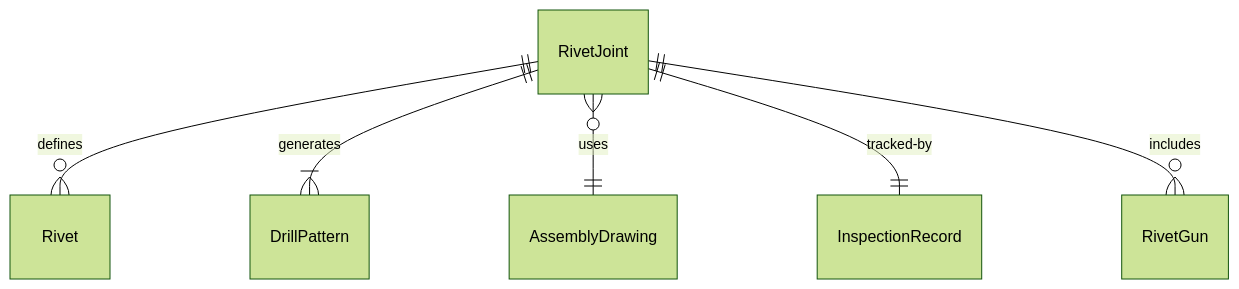
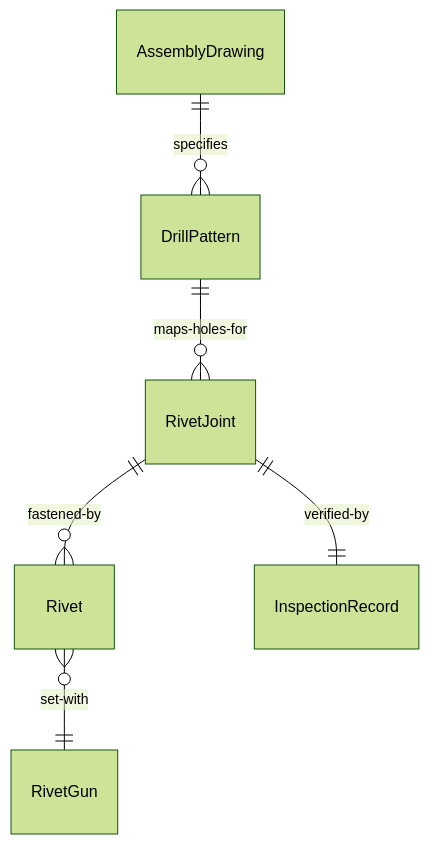
The first of 4 diagrams in HandlingAndMovingObjects/JoinPartsUsingSolderingWeldingOrBrazingTechniques/RivetMetalComponents.mdx (dot-org-ai/tasks.org.ai), drawn with Mermaid (forest theme) before and after one commit. The commit also changed other lines of this file and 515 other files, not shown here.

````diff
--- a/HandlingAndMovingObjects/JoinPartsUsingSolderingWeldingOrBrazingTechniques/RivetMetalComponents.mdx
+++ b/HandlingAndMovingObjects/JoinPartsUsingSolderingWeldingOrBrazingTechniques/RivetMetalComponents.mdx
@@ -87,8 +87,8 @@
 ```mermaid
 erDiagram
-    RivetJoint ||--o{ Rivet : "defines"
-    RivetJoint ||--|{ DrillPattern : "generates"
-    RivetJoint }o--|| AssemblyDrawing : "uses"
-    RivetJoint ||--|| InspectionRecord : "tracked-by"
-    RivetJoint ||--o{ RivetGun : "includes"
+    AssemblyDrawing ||--o{ DrillPattern : "specifies"
+    DrillPattern ||--o{ RivetJoint : "maps-holes-for"
+    RivetJoint ||--o{ Rivet : "fastened-by"
+    Rivet }o--|| RivetGun : "set-with"
+    RivetJoint ||--|| InspectionRecord : "verified-by"
 ```
````
